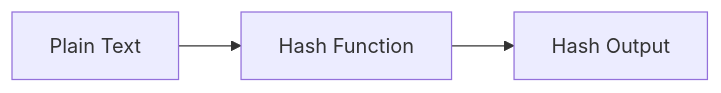
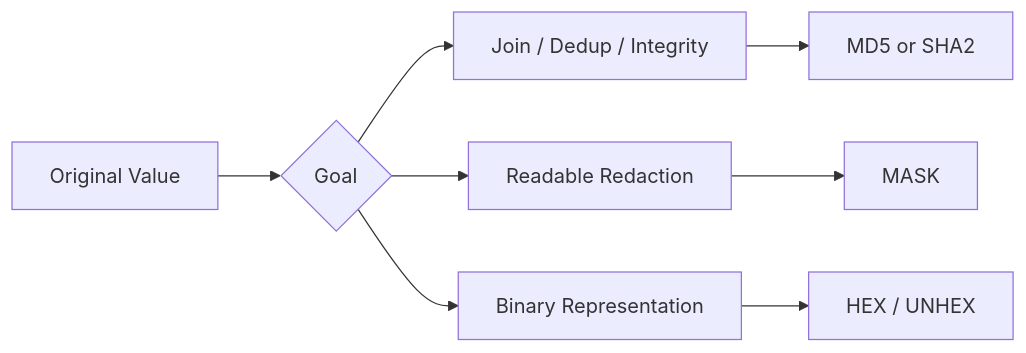
Before and after one commit to mahfooziiitian/spark-batch: the diagram in spark-sql/docs/functions/scalar/encryption/intro.md, drawn with Mermaid. The commit also changed other lines of this file and 809 other files, not shown here.

````diff
--- a/spark-sql/docs/functions/scalar/encryption/intro.md
+++ b/spark-sql/docs/functions/scalar/encryption/intro.md
@@ -8,5 +11,10 @@
 ```mermaid
 graph LR
-    A[Plain Text] --> B[Hash Function]
-    B --> C[Hash Output]
+    A[Original Value] --> B{Goal}
+    B --> C[Join / Dedup / Integrity]
+    B --> D[Readable Redaction]
+    B --> E[Binary Representation]
+    C --> F[MD5 or SHA2]
+    D --> G[MASK]
+    E --> H[HEX / UNHEX]
 ```
````
